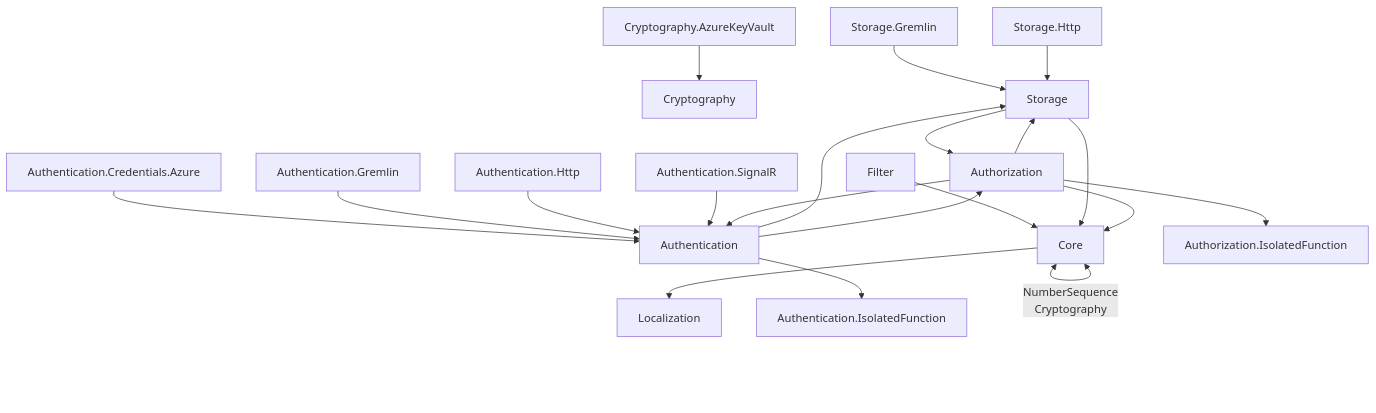
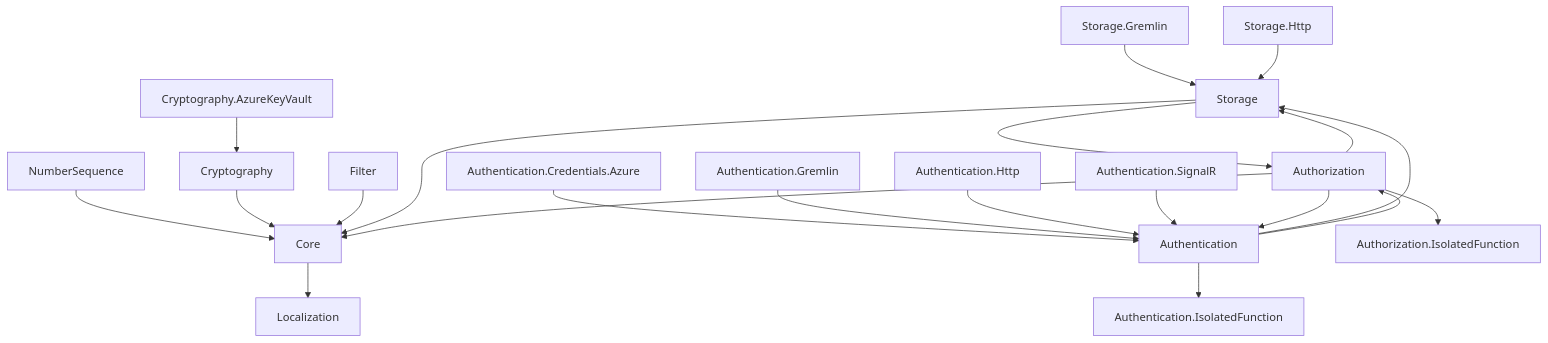
One commit to sidubsolutions/Sidub.Platform changed the diagram in README.md. Above: the diagram before and after it, drawn with Mermaid.

````diff
--- a/README.md
+++ b/README.md
@@ -133,27 +133,27 @@
 ```mermaid
 graph TD;
     Core --> Localization
-    Core <-- NumberSequence
+    NumberSequence --> Core
     Cryptography --> Core
     Cryptography.AzureKeyVault --> Cryptography
     Filter --> Core
     Storage --> Core
     Authorization --> Core
     
     Authentication --> Storage
     Authentication.Credentials.Azure --> Authentication
     Authentication.Gremlin --> Authentication
     Authentication.Http --> Authentication
     Authentication.SignalR --> Authentication
     
     Storage.Gremlin --> Storage
     Storage.Http --> Storage
     
     Authentication --> Authentication.IsolatedFunction
     Authorization --> Authorization.IsolatedFunction
     
     Storage --> Authorization
     Authorization --> Storage
     Authentication --> Authorization
     Authorization --> Authentication
 ```
````
